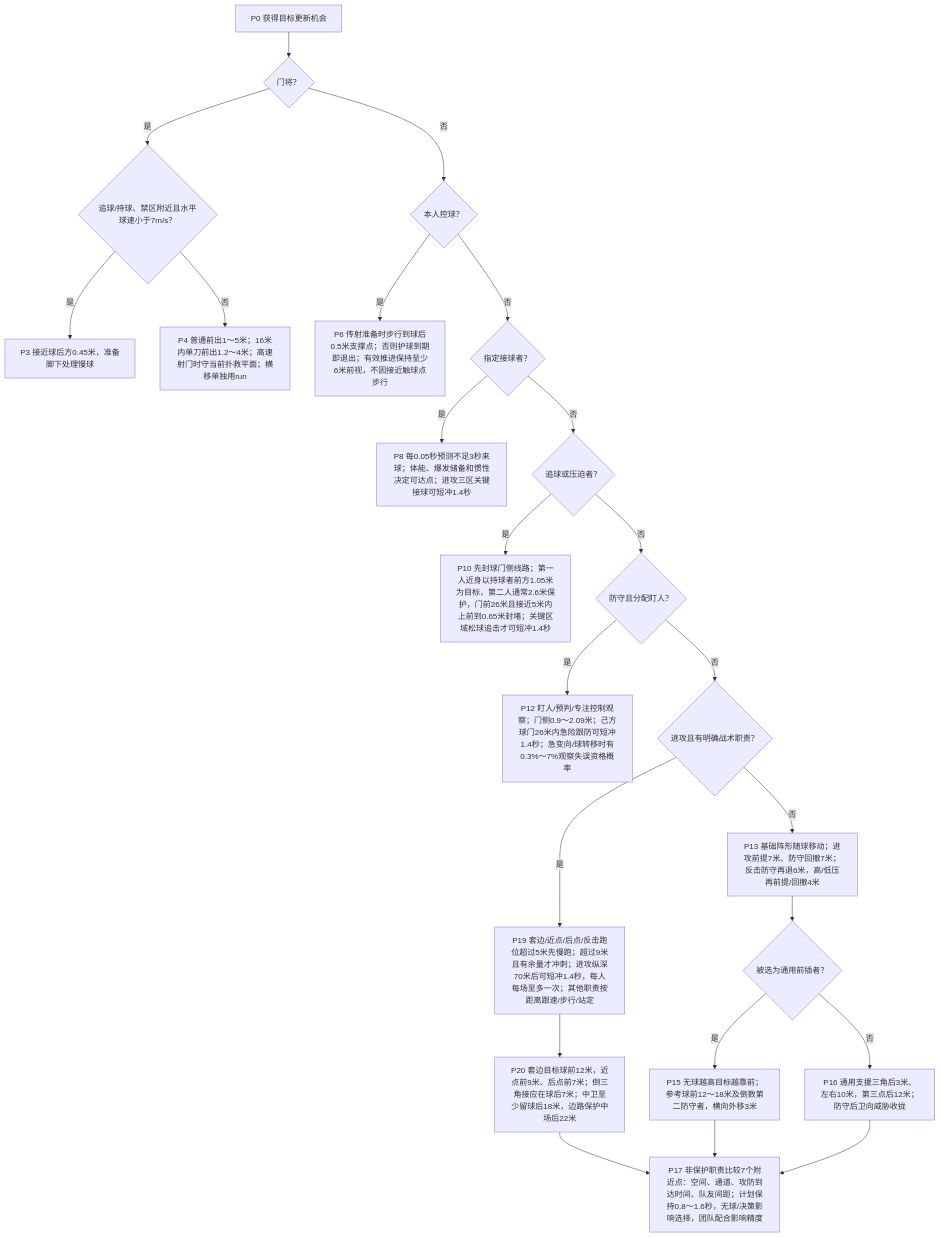
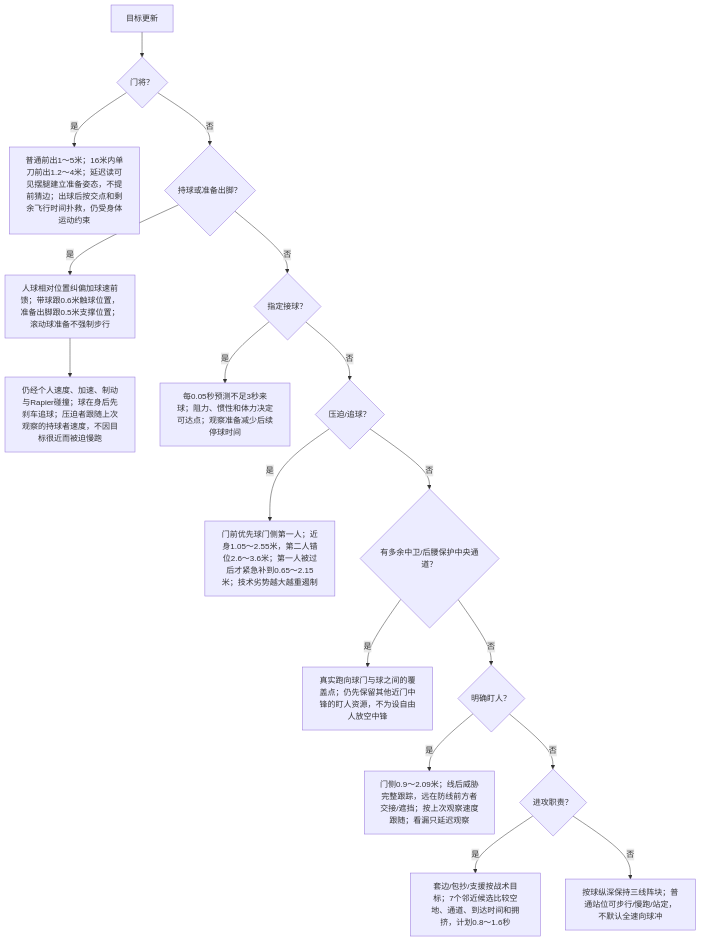
One commit to sixu3575/touchline-manager changed the third of 7 diagrams in packages/shared/modules/matches/design/PLAYER_DECISION_MAP.md. Above: the diagram before and after it, drawn with Mermaid. The commit also changed other lines of this file and 48 other files, not shown here.

````diff
--- a/packages/shared/modules/matches/design/PLAYER_DECISION_MAP.md
+++ b/packages/shared/modules/matches/design/PLAYER_DECISION_MAP.md
@@ -130,25 +75,19 @@
 ```mermaid
 flowchart TD
-  P0["P0 获得目标更新机会"] --> P1{"门将？"}
-  P1 -->|是| P2{"追球/持球、禁区附近且水平球速小于7m/s？"}
-  P2 -->|是| P3["P3 接近球后方0.45米，准备脚下处理慢球"]
-  P2 -->|否| P4["P4 普通前出1～5米；16米内单刀前出1.2～4米；高速射门时守当前扑救平面；横移单独用run"]
-  P1 -->|否| P5{"本人控球？"}
-  P5 -->|是| P6["P6 传射准备时步行到球后0.5米支撑点；否则护球到期即退出；有效推进保持至少6米前视，不因接近触球点步行"]
-  P5 -->|否| P7{"指定接球者？"}
-  P7 -->|是| P8["P8 每0.05秒预测不足3秒来球；体能、爆发储备和惯性决定可达点；进攻三区关键接球可短冲1.4秒"]
-  P7 -->|否| P9{"追球或压迫者？"}
-  P9 -->|是| P10["P10 先封球门侧线路；第一人近身以持球者前方1.05米为目标，第二人通常2.6米保护，门前26米且接近5米内上前到0.65米封堵；关键区域松球追击才可短冲1.4秒"]
-  P9 -->|否| P11{"防守且分配盯人？"}
-  P11 -->|是| P12["P12 盯人/预判/专注控制观察；门侧0.9～2.09米；己方球门26米内急险跟防可短冲1.4秒；急变向/球转移时有0.3%～7%观察失误资格概率"]
-  P11 -->|否| P18{"进攻且有明确战术职责？"}
-  P18 -->|是| P19["P19 套边/近点/后点/反击跑位超过5米先慢跑；超过9米且有余量才冲刺；进攻纵深70米后可短冲1.4秒，每人每场至多一次；其他职责按距离跟速/步行/站定"]
-  P19 --> P20["P20 套边目标球前12米，近点前9米、后点前7米；倒三角接应在球后7米；中卫至少留球后18米，边路保护中场后22米"]
-  P20 --> P17["P17 非保护职责比较7个附近点：空间、通道、攻防到达时间、队友间距；计划保持0.8～1.6秒，无球/决策影响选择，团队配合影响精度"]
-  P18 -->|否| P13["P13 基础阵形随球移动；进攻前提7米、防守回撤7米；反击防守再退6米，高/低压再前提/回撤4米"]
-  P13 --> P14{"被选为通用前插者？"}
-  P14 -->|是| P15["P15 无球越高目标越靠前；参考球前12～18米及倒数第二防守者，横向外移3米"]
-  P14 -->|否| P16["P16 通用支援三角后3米、左右10米，第三点后12米；防守后卫向威胁收拢"]
-  P15 --> P17
-  P16 --> P17
+  P0["目标更新"] --> P1{"门将？"}
+  P1 -->|是| PK["普通前出1～5米；16米内单刀前出1.2～4米；延迟读可见摆腿建立准备姿态，不提前猜边；出球后按交点和剩余飞行时间扑救，仍受身体运动约束"]
+  P1 -->|否| P2{"持球或准备出脚？"}
+  P2 -->|是| PM["人球相对位置纠偏加球速前馈；带球跟0.6米触球位置，准备出脚跟0.5米支撑位置；滚动球准备不强制步行"]
+  PM --> PA["仍经个人速度、加速、制动与Rapier碰撞；球在身后先刹车追球；压迫者跟随上次观察的持球者速度，不因目标很近而被迫慢跑"]
+  P2 -->|否| P3{"指定接球？"}
+  P3 -->|是| PR["每0.05秒预测不足3秒来球；阻力、惯性和体力决定可达点；观察准备减少后续停球时间"]
+  P3 -->|否| P4{"压迫/追球？"}
+  P4 -->|是| PP["门前优先球门侧第一人；近身1.05～2.55米，第二人错位2.6～3.6米；第一人被过后才紧急补到0.65～2.15米；技术劣势越大越重遏制"]
+  P4 -->|否| PC{"有多余中卫/后腰保护中央通道？"}
+  PC -->|是| PG["真实跑向球门与球之间的覆盖点；仍先保留其他近门中锋的盯人资源，不为设自由人放空中锋"]
+  PC -->|否| P5{"明确盯人？"}
+  P5 -->|是| PD["门侧0.9～2.09米；线后威胁完整跟踪，远在防线前方者交接/遮挡；按上次观察速度跟随；看漏只延迟观察"]
+  P5 -->|否| P6{"进攻职责？"}
+  P6 -->|是| PS["套边/包抄/支援按战术目标；7个邻近候选比较空地、通道、到达时间和拥挤，计划0.8～1.6秒"]
+  P6 -->|否| PB["按球纵深保持三线阵块；普通站位可步行/慢跑/站定，不默认全速向球冲"]
 ```
````
